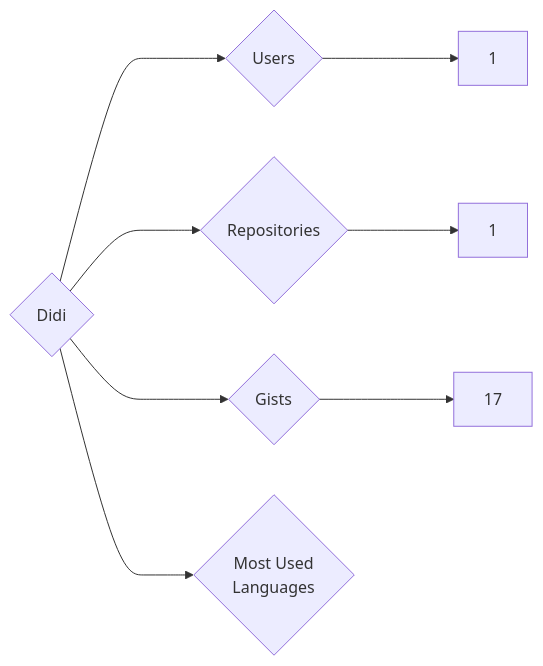
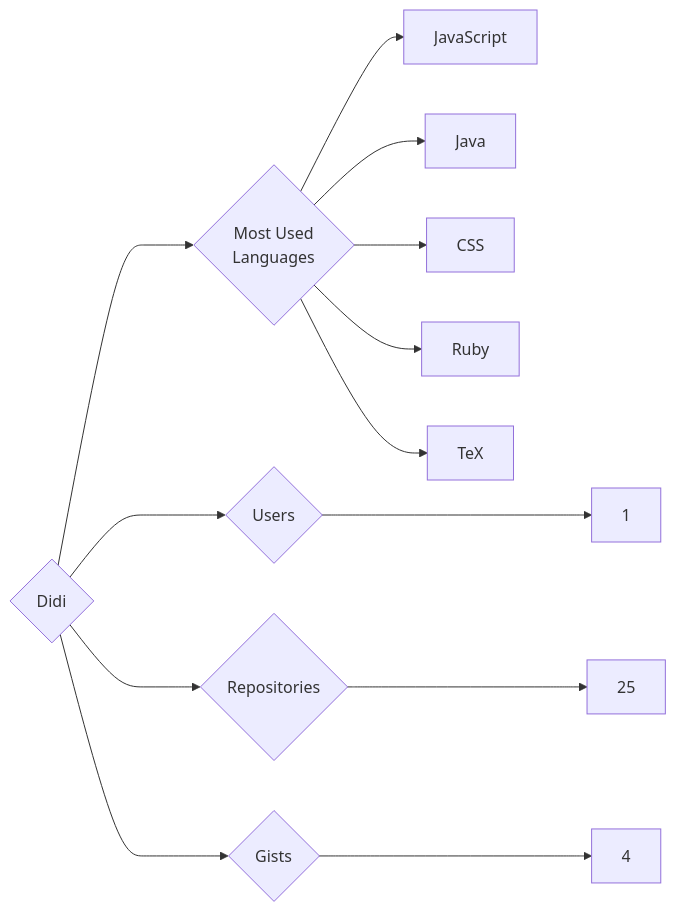
One commit to trickest/insiders changed the diagram in targets/Didi/README.md. Above: the diagram before and after it, drawn with Mermaid. The commit also changed 1149 other files, not shown here.

````diff
--- a/targets/Didi/README.md
+++ b/targets/Didi/README.md
@@ -3,8 +3,13 @@
 ```mermaid
 graph LR
 COMPANY_NAME{Didi}
 COMPANY_NAME ---> U{Users} ---> UN[1]
-COMPANY_NAME ---> R{Repositories} ---> RN[1]
-COMPANY_NAME ---> G{Gists} ---> GN[17]
+COMPANY_NAME ---> R{Repositories} ---> RN[25]
+COMPANY_NAME ---> G{Gists} ---> GN[4]
 COMPANY_NAME ---> ML{Most Used<br>Languages}
+ML --> JavaScript[JavaScript]
+ML --> Java[Java]
+ML --> CSS[CSS]
+ML --> Ruby[Ruby]
+ML --> TeX[TeX]
 ```
````
